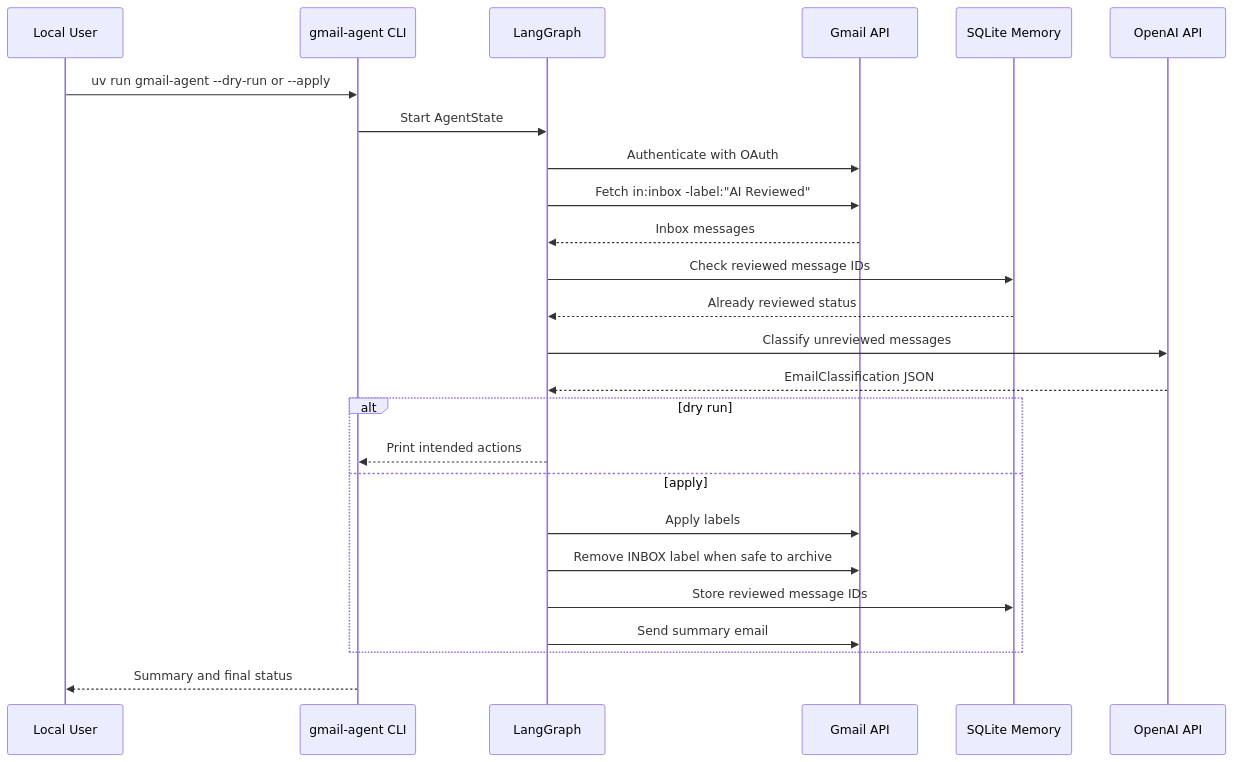
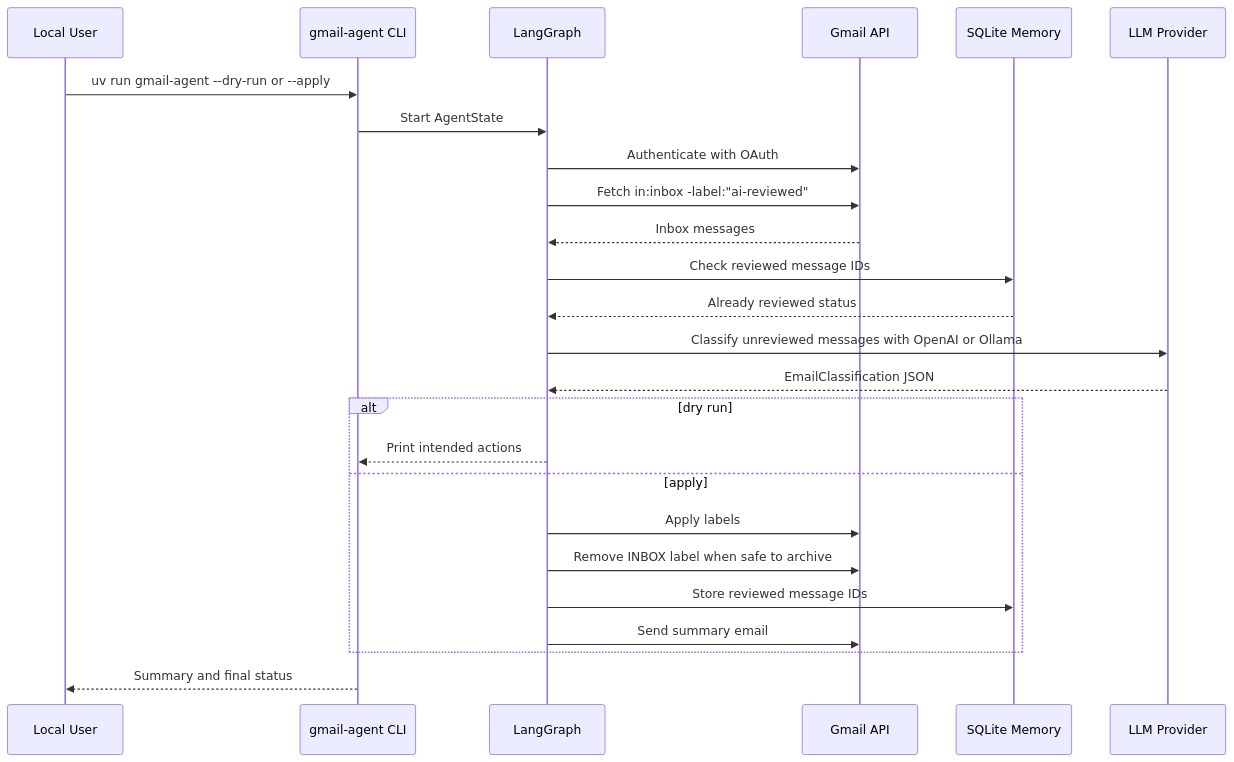
The third of 5 diagrams in gmail-inbox-agent/docs/Architecture.md (brandocomando/my_agentic_team), drawn with Mermaid before and after one commit. The commit also changed other lines of this file and 23 other files, not shown here.

Commit message:
feat(gmail-inbox-agent): Improve classification, add ollama support

````diff
--- a/gmail-inbox-agent/docs/Architecture.md
+++ b/gmail-inbox-agent/docs/Architecture.md
@@ -46,28 +47,28 @@
 ```mermaid
 sequenceDiagram
     participant User as Local User
     participant CLI as gmail-agent CLI
     participant Graph as LangGraph
     participant Gmail as Gmail API
     participant Memory as SQLite Memory
-    participant LLM as OpenAI API
+    participant LLM as LLM Provider
 
     User->>CLI: uv run gmail-agent --dry-run or --apply
     CLI->>Graph: Start AgentState
     Graph->>Gmail: Authenticate with OAuth
-    Graph->>Gmail: Fetch in:inbox -label:"AI Reviewed"
+    Graph->>Gmail: Fetch in:inbox -label:"ai-reviewed"
     Gmail-->>Graph: Inbox messages
     Graph->>Memory: Check reviewed message IDs
     Memory-->>Graph: Already reviewed status
-    Graph->>LLM: Classify unreviewed messages
+    Graph->>LLM: Classify unreviewed messages with OpenAI or Ollama
     LLM-->>Graph: EmailClassification JSON
     alt dry run
         Graph-->>CLI: Print intended actions
     else apply
         Graph->>Gmail: Apply labels
         Graph->>Gmail: Remove INBOX label when safe to archive
         Graph->>Memory: Store reviewed message IDs
         Graph->>Gmail: Send summary email
     end
     CLI-->>User: Summary and final status
 ```
````
